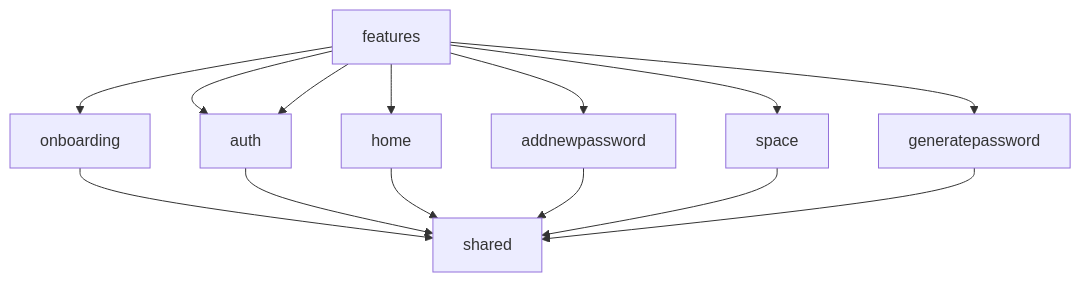
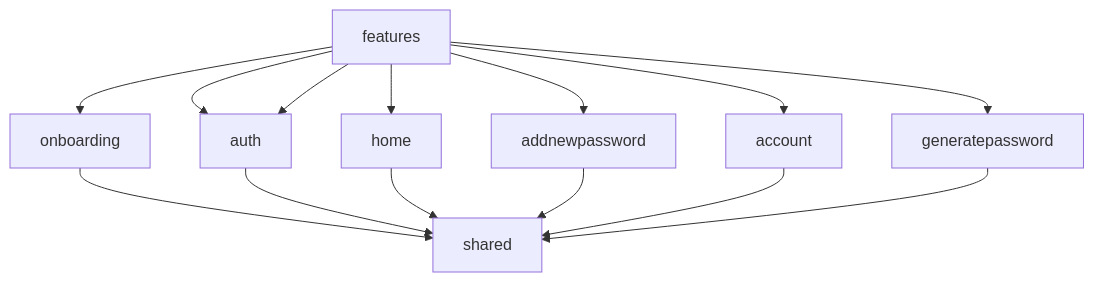
The fourth of 4 diagrams in README.md (getspherelabs/anypass-kmp), drawn with Mermaid before and after one commit. The commit also changed other lines of this file, not shown here.

Commit message:
chore: Fix module graphs in readme

````diff
--- a/README.md
+++ b/README.md
@@ -118,17 +116,17 @@
 ```mermaid
 graph TD;
     features-->onboarding;
     features-->auth;
     features-->addnewpassword;
     features-->home;
     features-->auth;
-    features-->space;
+    features-->account;
     features-->generatepassword;
    
     onboarding-->shared;
     auth-->shared;
     home-->shared;
     addnewpassword-->shared;
-    space-->shared;
+    account-->shared;
     generatepassword-->shared;
 ```
````
